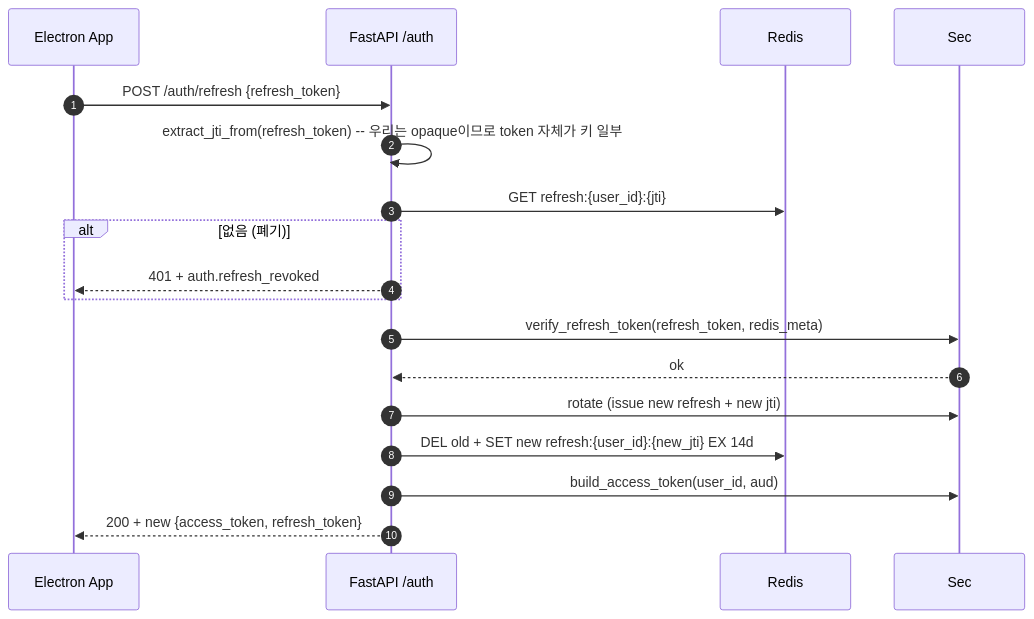
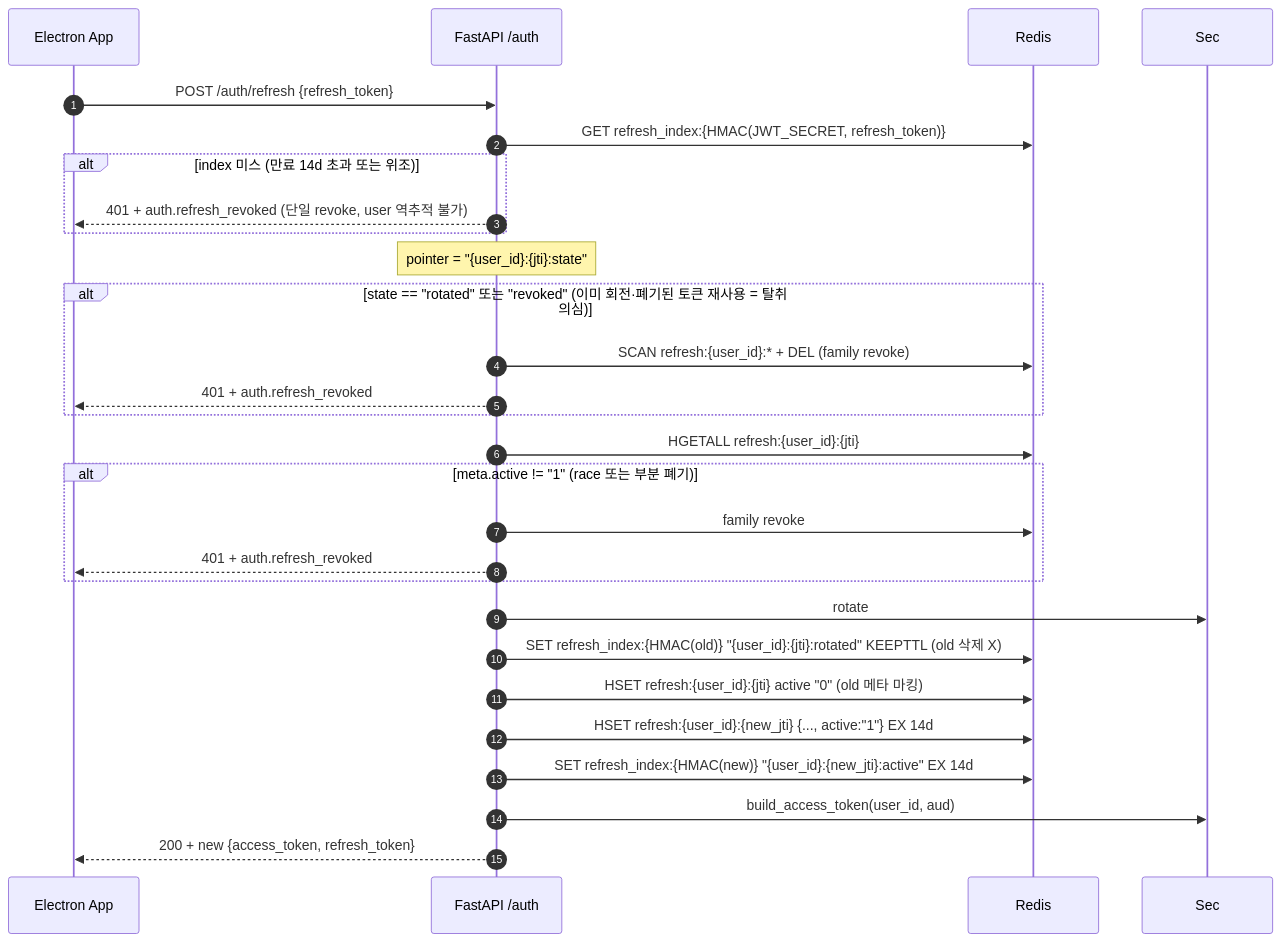
The third of 5 diagrams in docs/security/auth-flow.md (nwejnkasdf/SKKU-insight), drawn with Mermaid before and after one commit. The commit also changed other lines of this file and 9 other files, not shown here.

````diff
--- a/docs/security/auth-flow.md
+++ b/docs/security/auth-flow.md
@@ -80,21 +86,31 @@
 ```mermaid
 sequenceDiagram
     autonumber
     participant E as Electron App
     participant API as FastAPI /auth
     participant Redis
     participant Sec
 
     E->>API: POST /auth/refresh {refresh_token}
-    API->>API: extract_jti_from(refresh_token) -- 우리는 opaque이므로 token 자체가 키 일부
-    API->>Redis: GET refresh:{user_id}:{jti}
-    alt 없음 (폐기)
+    API->>Redis: GET refresh_index:{HMAC(JWT_SECRET, refresh_token)}
+    alt index 미스 (만료 14d 초과 또는 위조)
+        API-->>E: 401 + auth.refresh_revoked (단일 revoke, user 역추적 불가)
+    end
+    Note over API: pointer = "{user_id}:{jti}:state"
+    alt state == "rotated" 또는 "revoked" (이미 회전·폐기된 토큰 재사용 = 탈취 의심)
+        API->>Redis: SCAN refresh:{user_id}:* + DEL (family revoke)
         API-->>E: 401 + auth.refresh_revoked
     end
-    API->>Sec: verify_refresh_token(refresh_token, redis_meta)
-    Sec-->>API: ok
-    API->>Sec: rotate (issue new refresh + new jti)
-    API->>Redis: DEL old + SET new refresh:{user_id}:{new_jti} EX 14d
+    API->>Redis: HGETALL refresh:{user_id}:{jti}
+    alt meta.active != "1" (race 또는 부분 폐기)
+        API->>Redis: family revoke
+        API-->>E: 401 + auth.refresh_revoked
+    end
+    API->>Sec: rotate
+    API->>Redis: SET refresh_index:{HMAC(old)} "{user_id}:{jti}:rotated" KEEPTTL  (old 삭제 X)
+    API->>Redis: HSET refresh:{user_id}:{jti} active "0"  (old 메타 마킹)
+    API->>Redis: HSET refresh:{user_id}:{new_jti} {..., active:"1"} EX 14d
+    API->>Redis: SET refresh_index:{HMAC(new)} "{user_id}:{new_jti}:active" EX 14d
     API->>Sec: build_access_token(user_id, aud)
     API-->>E: 200 + new {access_token, refresh_token}
 ```
````
